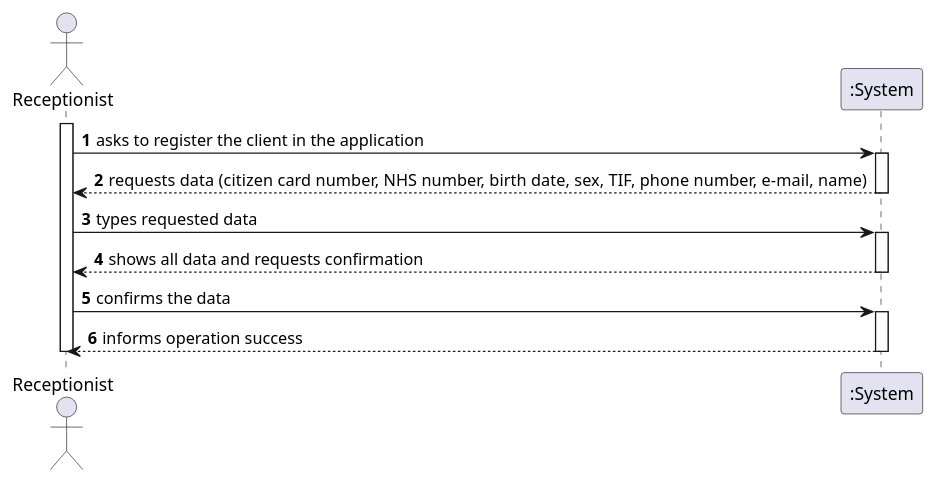
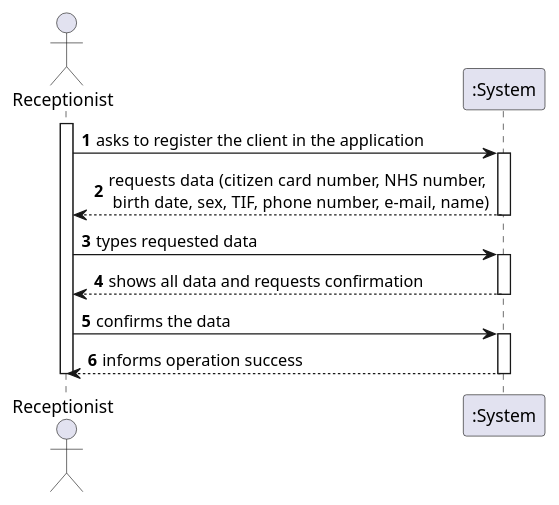
The diagram in docs/SprintB/US03/US3_SSD.puml (manu-07-ela/LAPR2_ISEP), drawn with PlantUML before and after one commit. The commit also changed 3 other files, not shown here.

```diff
--- a/docs/SprintB/US03/US3_SSD.puml
+++ b/docs/SprintB/US03/US3_SSD.puml
@@ -1,23 +1,23 @@
 @startuml
 autonumber
 actor "Receptionist" as OE
 
 activate OE
 OE -> ":System" : asks to register the client in the application
 activate ":System"
-":System" --> OE : requests data (citizen card number, NHS number, birth date, sex, TIF, phone number, e-mail, name)
+":System" --> OE : requests data (citizen card number, NHS number,\n birth date, sex, TIF, phone number, e-mail, name)
 deactivate ":System"
 
 OE -> ":System" : types requested data
 activate ":System"
 ":System" --> OE : shows all data and requests confirmation
 deactivate ":System"
 
 OE -> ":System" : confirms the data
 activate ":System"
 ":System" --> OE : informs operation success
 deactivate ":System"
 
 deactivate OE
 
 @enduml
```
